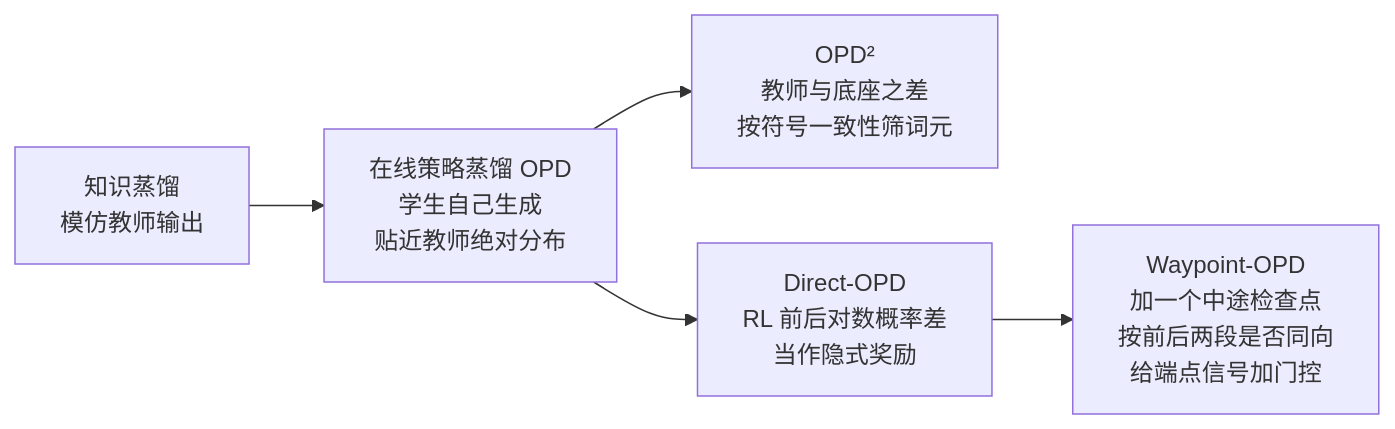
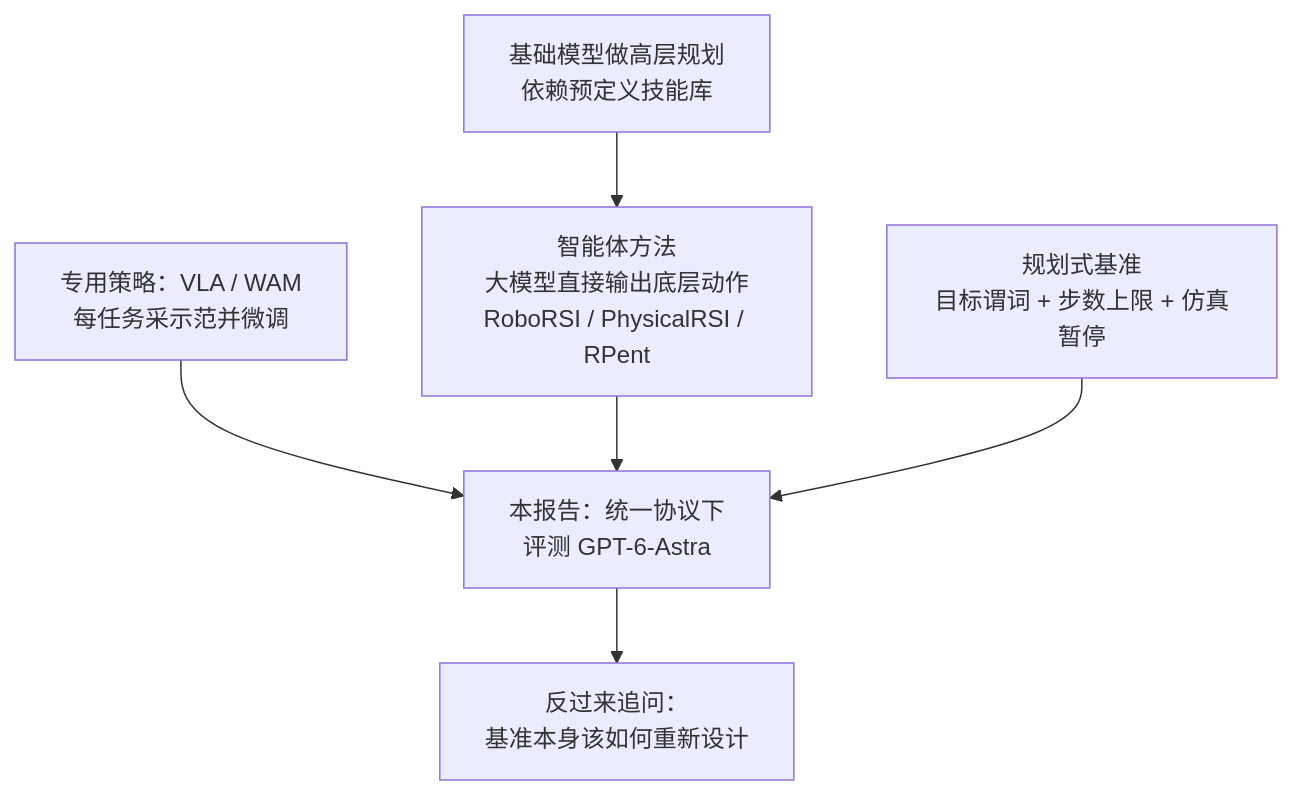
Before and after one commit to yingwang/paper-reads: the first of 6 diagrams in docs/index.md, drawn with Mermaid. The commit also changed other lines of this file and 2 other files, not shown here.

First line of the commit message:
Add 2026-10-19-gpt6-astra-embodied-intelligence-report

````diff
--- a/docs/index.md
+++ b/docs/index.md
@@ -58,7 +72,8 @@
 ```mermaid
-flowchart LR
-    A[知识蒸馏<br/>模仿教师输出] --> B[在线策略蒸馏 OPD<br/>学生自己生成<br/>贴近教师绝对分布]
-    B --> C[OPD²<br/>教师与底座之差<br/>按符号一致性筛词元]
-    B --> D[Direct-OPD<br/>RL 前后对数概率差<br/>当作隐式奖励]
-    D --> E[Waypoint-OPD<br/>加一个中途检查点<br/>按前后两段是否同向<br/>给端点信号加门控]
+graph TD
+    A["专用策略：VLA / WAM<br/>每任务采示范并微调"] --> D["本报告：统一协议下<br/>评测 GPT-6-Astra"]
+    B["基础模型做高层规划<br/>依赖预定义技能库"] --> C["智能体方法<br/>大模型直接输出底层动作<br/>RoboRSI / PhysicalRSI / RPent"]
+    C --> D
+    E["规划式基准<br/>目标谓词 + 步数上限 + 仿真暂停"] --> D
+    D --> F["反过来追问：<br/>基准本身该如何重新设计"]
 ```
````
